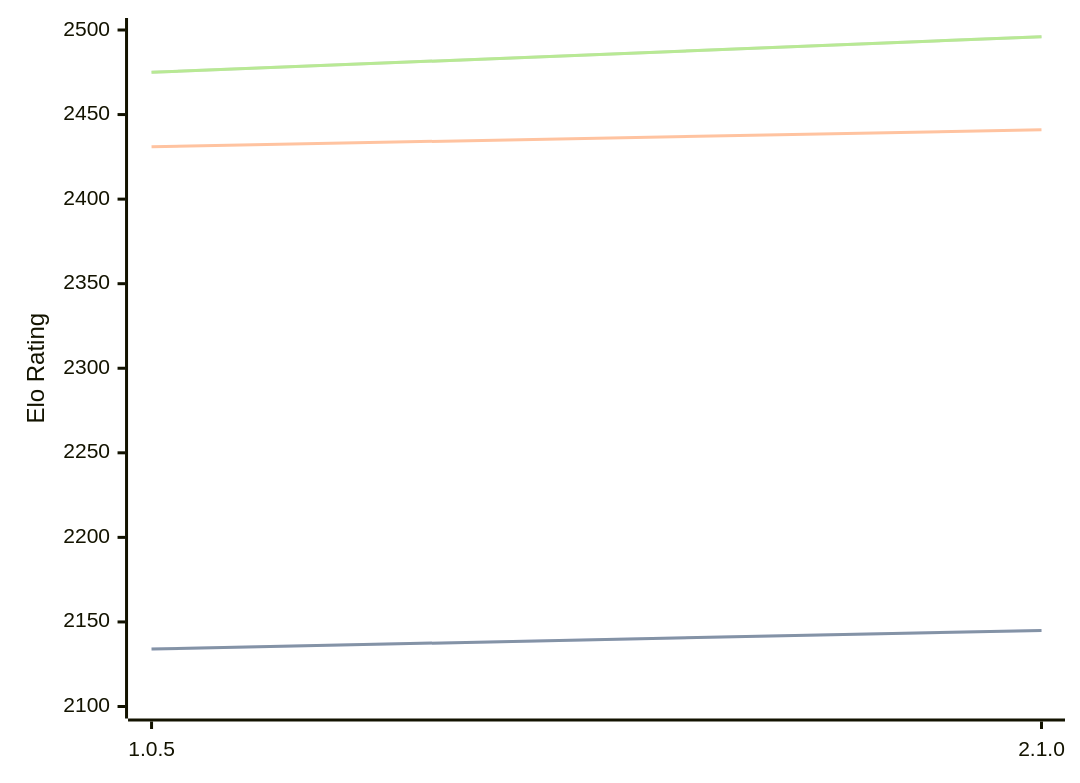
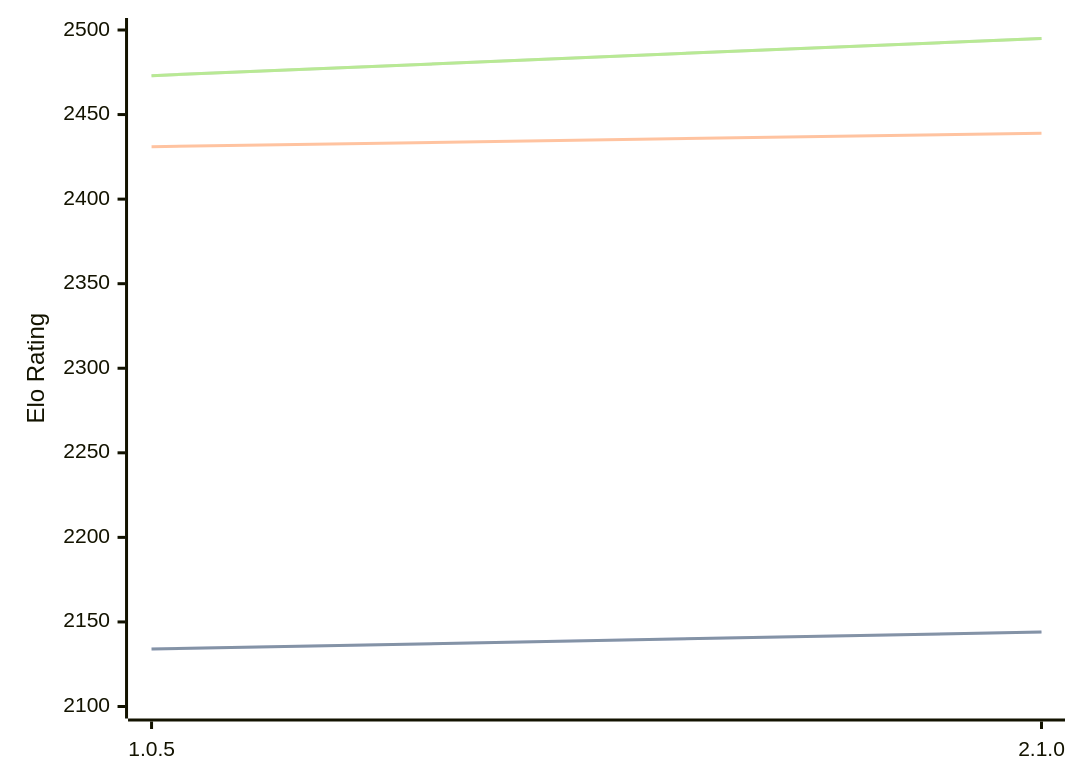
The first of 3 diagrams in engines/Ruffian.md (computer-chess-index/cci), drawn with Mermaid before and after one commit. The commit also changed other lines of this file, not shown here.

Commit message:
Update CCI Ratings (ELO VLTC) - 2026-07-15

````diff
--- a/engines/Ruffian.md
+++ b/engines/Ruffian.md
@@ -32,11 +32,11 @@
 ```mermaid
 %%{init: {"theme":"base","themeVariables":{"seriesColors:['#a3a3a3','#222221','#faa371']}}}%%
 xychart-beta
   x-axis ["1.0.5", "2.1.0"]
   y-axis "Elo Rating" 2100 --> 2500
-  line "STC (8.0+0.08s)" [2134, 2145]
-  line "STC (8.0+0.08s)" [2134, 2145]
-  line "LTC (60.0+0.60s)" [2431, 2441]
-  line "VLTC (2m24s+1.12s)" [2475, 2496]
-  line "VLTC (2m24s+1.12s)" [2475, 2496]
+  line "STC (8.0+0.08s)" [2134, 2144]
+  line "STC (8.0+0.08s)" [2134, 2144]
+  line "LTC (60.0+0.60s)" [2431, 2439]
+  line "VLTC (2m24s+1.12s)" [2473, 2495]
+  line "VLTC (2m24s+1.12s)" [2473, 2495]
 ```
````
